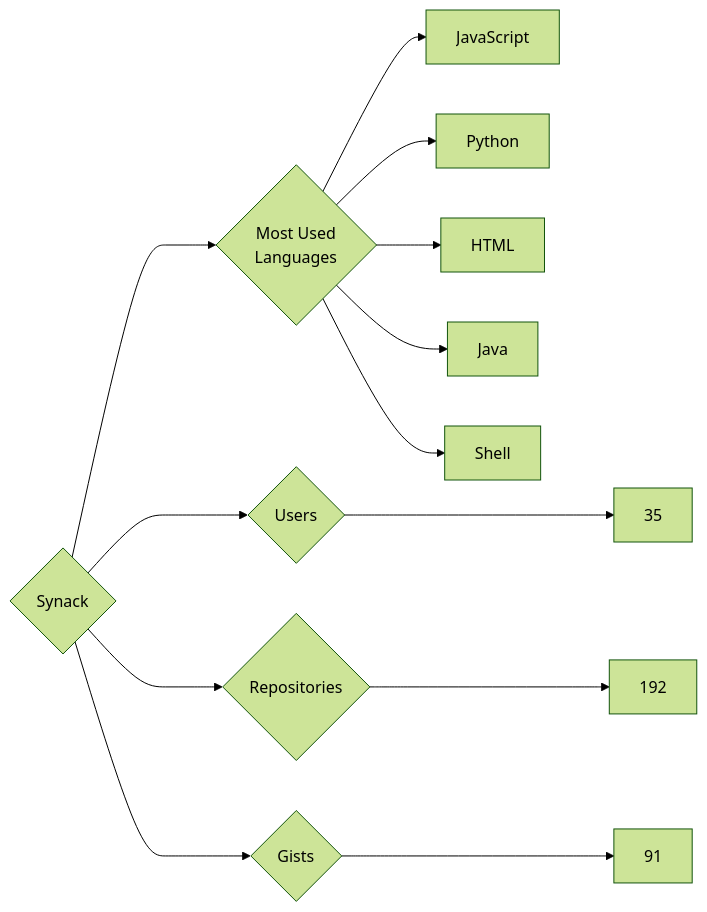
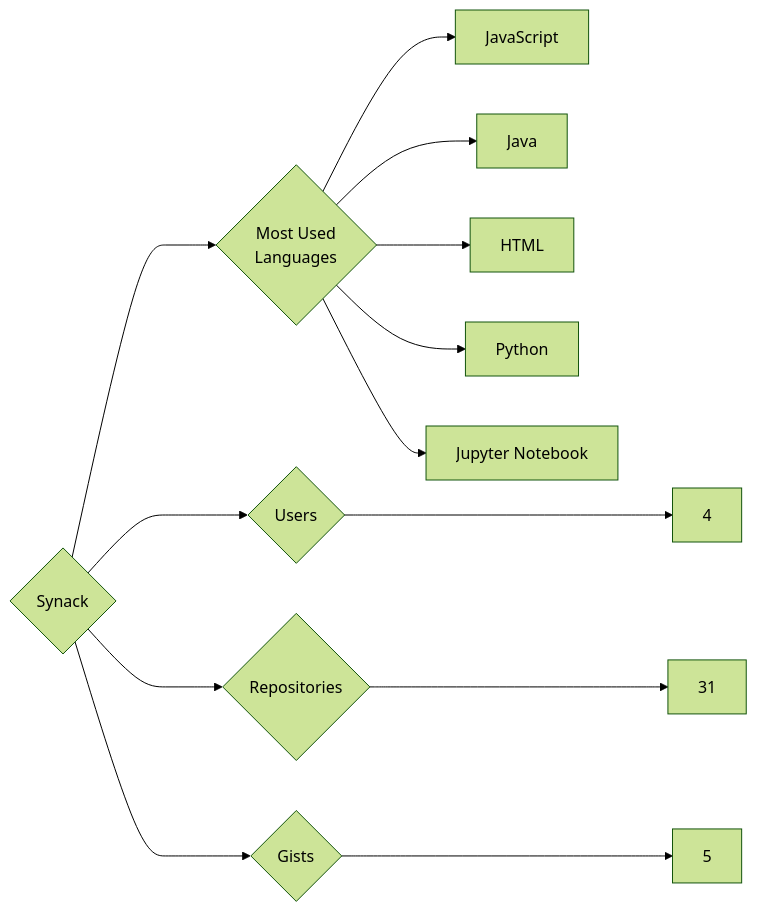
The diagram in targets/Synack/README.md (trickest/insiders), drawn with Mermaid (forest theme) before and after one commit. The commit also changed 814 other files, not shown here.

````diff
--- a/targets/Synack/README.md
+++ b/targets/Synack/README.md
@@ -3,13 +3,13 @@
 ```mermaid
 graph LR
 COMPANY_NAME{Synack}
-COMPANY_NAME ---> U{Users} ---> UN[35]
-COMPANY_NAME ---> R{Repositories} ---> RN[192]
-COMPANY_NAME ---> G{Gists} ---> GN[91]
+COMPANY_NAME ---> U{Users} ---> UN[4]
+COMPANY_NAME ---> R{Repositories} ---> RN[31]
+COMPANY_NAME ---> G{Gists} ---> GN[5]
 COMPANY_NAME ---> ML{Most Used<br>Languages}
 ML --> JavaScript[JavaScript]
+ML --> Java[Java]
+ML --> HTML[HTML]
 ML --> Python[Python]
-ML --> HTML[HTML]
-ML --> Java[Java]
-ML --> Shell[Shell]
+ML --> Jupyter_Notebook[Jupyter Notebook]
 ```
````
